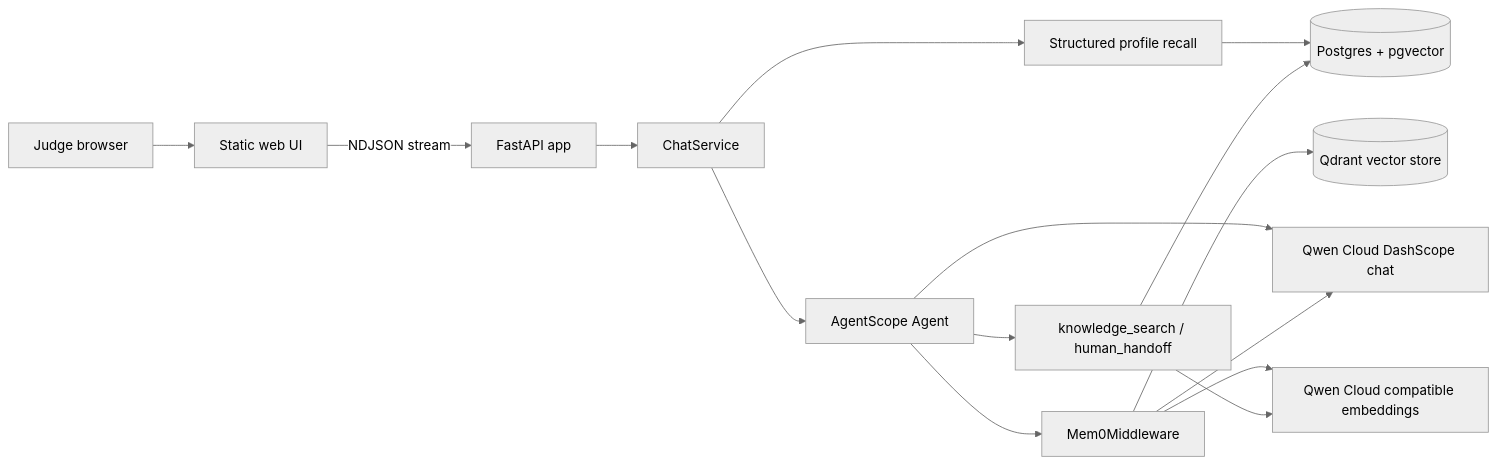
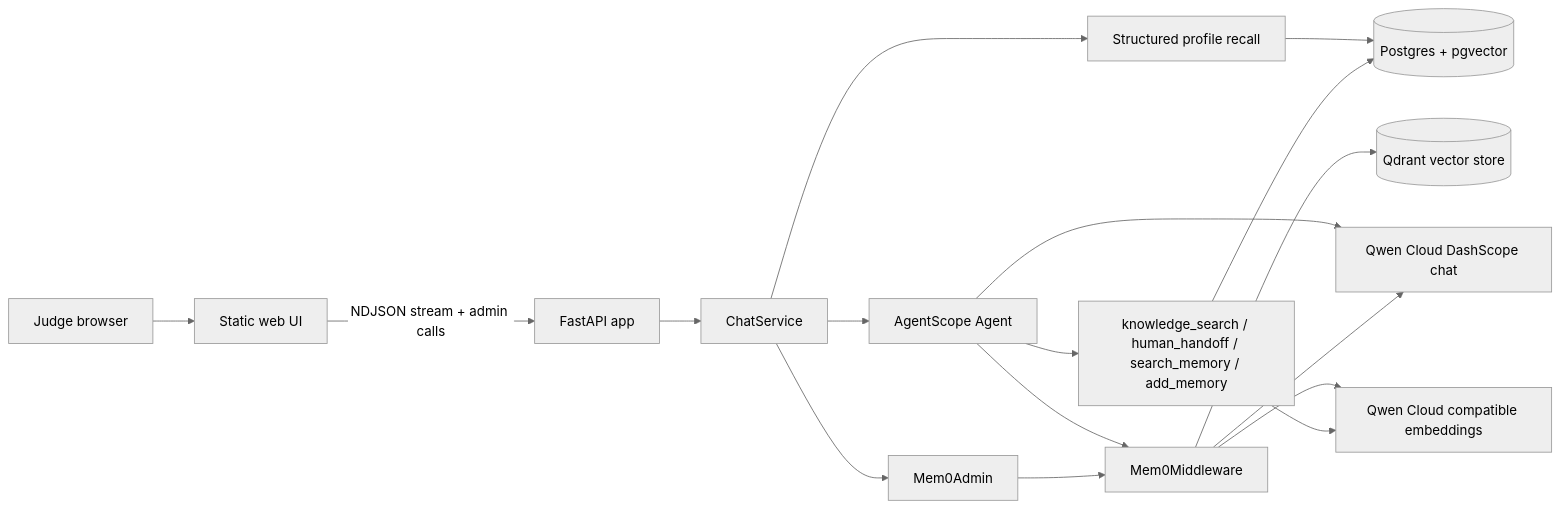
Before and after one commit to JOY/DOSClaw-Qwen: the diagram in ARCHITECTURE.md, drawn with Mermaid (neutral theme). The commit also changed other lines of this file and 19 other files, not shown here.

First line of the commit message:
feat: expose full mem0 controls and knowledge panel

````diff
--- a/ARCHITECTURE.md
+++ b/ARCHITECTURE.md
@@ -7,17 +7,19 @@
 ```mermaid
 flowchart LR
   Judge[Judge browser] --> UI[Static web UI]
-  UI -->|NDJSON stream| API[FastAPI app]
+  UI -->|NDJSON stream + admin calls| API[FastAPI app]
   API --> Service[ChatService]
   Service --> Profile[Structured profile recall]
+  Service --> Admin[Mem0Admin]
   Service --> Agent[AgentScope Agent]
   Agent --> Mem0[Mem0Middleware]
-  Agent --> Tools[knowledge_search / human_handoff]
+  Agent --> Tools[knowledge_search / human_handoff / search_memory / add_memory]
   Profile --> PG[(Postgres + pgvector)]
+  Admin --> Mem0
   Mem0 --> Qdrant[(Qdrant vector store)]
   Tools --> PG
 Agent --> Qwen[Qwen Cloud DashScope chat]
 Mem0 --> Qwen
 Mem0 --> Embed[Qwen Cloud compatible embeddings]
 Tools --> Embed
 ```
````
